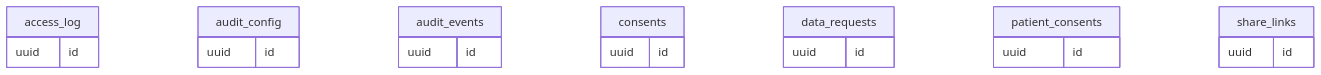
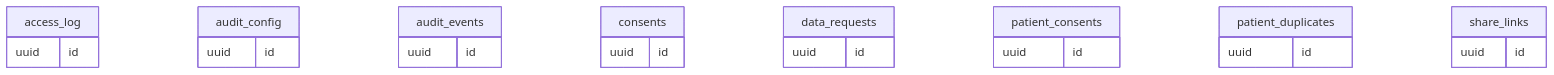
One commit to sakalyatechnologies/aarogyam changed diagram 12 of 13 in docs/database.md. Above: the diagram before and after it, drawn with Mermaid. The commit also changed other lines of this file and 35 other files, not shown here.

````diff
--- a/docs/database.md
+++ b/docs/database.md
@@ -2544,24 +2544,27 @@
 ```mermaid
 erDiagram
   access_log {
     uuid id
   }
   audit_config {
     uuid id
   }
   audit_events {
     uuid id
   }
   consents {
     uuid id
   }
   data_requests {
     uuid id
   }
   patient_consents {
     uuid id
   }
+  patient_duplicates {
+    uuid id
+  }
   share_links {
     uuid id
   }
 ```
````
